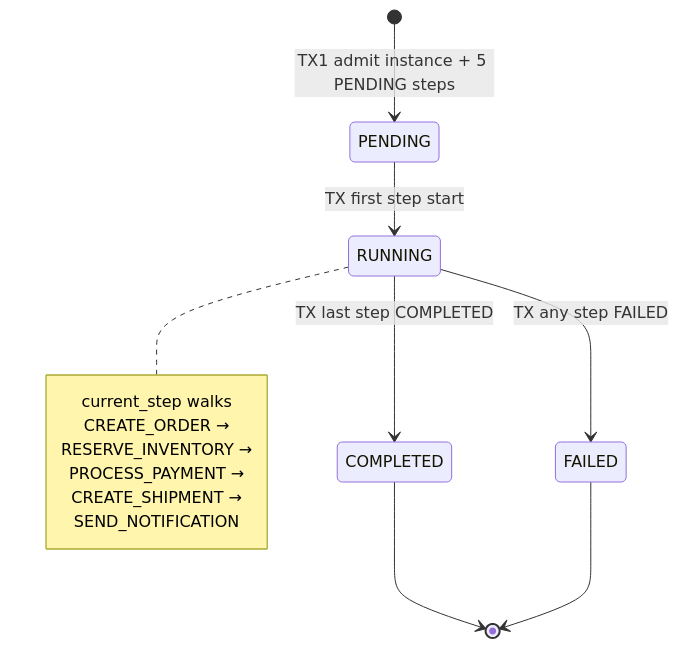
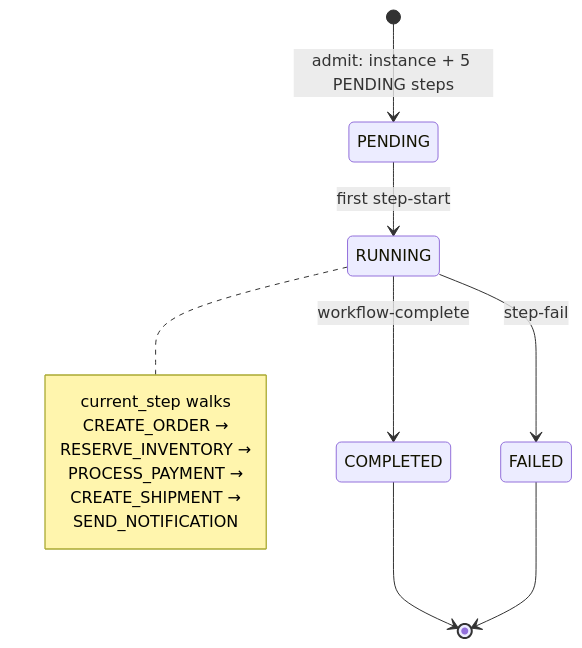
One commit to ganeshpc/distributed-workflow-engine changed the third of 9 diagrams in docs/architecture.md. Above: the diagram before and after it, drawn with Mermaid. The commit also changed other lines of this file and 21 other files, not shown here.

````diff
--- a/docs/architecture.md
+++ b/docs/architecture.md
@@ -299,18 +299,18 @@
 ```mermaid
 stateDiagram-v2
-  [*] --> PENDING: TX1 admit instance + 5 PENDING steps
-  PENDING --> RUNNING: TX first step start
-  RUNNING --> COMPLETED: TX last step COMPLETED
-  RUNNING --> FAILED: TX any step FAILED
+  [*] --> PENDING: admit: instance + 5 PENDING steps
+  PENDING --> RUNNING: first step-start
+  RUNNING --> COMPLETED: workflow-complete
+  RUNNING --> FAILED: step-fail
   COMPLETED --> [*]
   FAILED --> [*]
 
   note right of RUNNING
     current_step walks
     CREATE_ORDER →
     RESERVE_INVENTORY →
     PROCESS_PAYMENT →
     CREATE_SHIPMENT →
     SEND_NOTIFICATION
   end note
 ```
````
